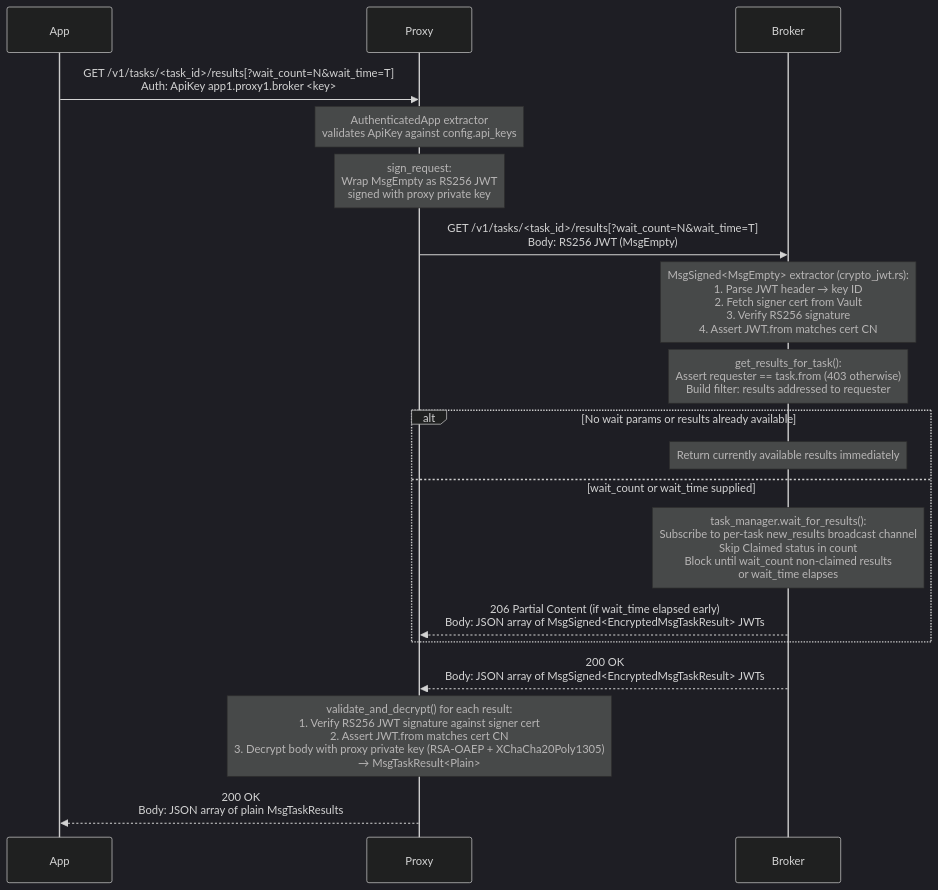
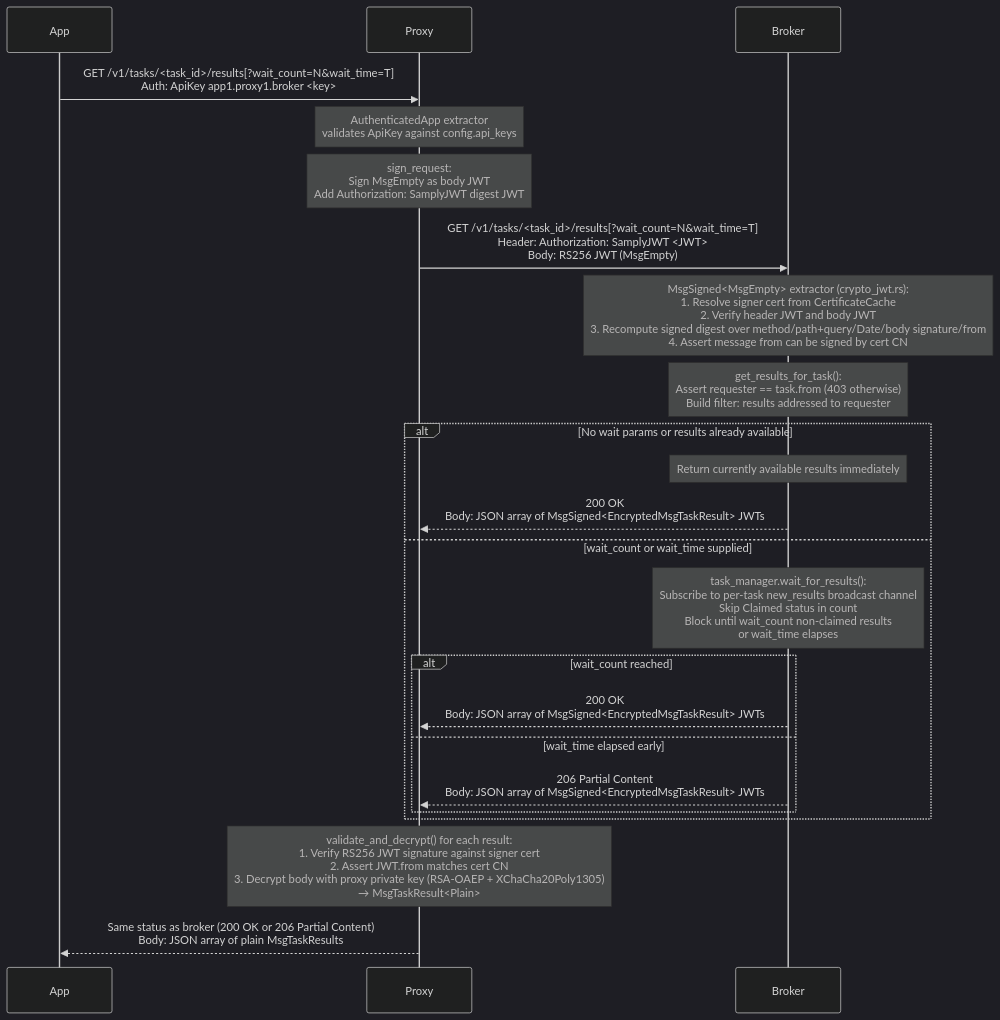
Before and after one commit to samply/beam: the seventh of 12 diagrams in DATAFLOWS.md, drawn with Mermaid (dark theme). The commit also changed other lines of this file, not shown here.

Commit message:
Updated data flows document

````diff
--- a/DATAFLOWS.md
+++ b/DATAFLOWS.md
@@ -310,31 +322,34 @@
 ```mermaid
 sequenceDiagram
     participant App
     participant Proxy
     participant Broker
 
     App->>Proxy: GET /v1/tasks/<task_id>/results[?wait_count=N&wait_time=T]<br/>Auth: ApiKey app1.proxy1.broker <key>
 
     note over Proxy: AuthenticatedApp extractor<br/>validates ApiKey against config.api_keys
 
-    note over Proxy: sign_request:<br/>Wrap MsgEmpty as RS256 JWT<br/>signed with proxy private key
+    note over Proxy: sign_request:<br/>Sign MsgEmpty as body JWT<br/>Add Authorization: SamplyJWT digest JWT
 
-    Proxy->>Broker: GET /v1/tasks/<task_id>/results[?wait_count=N&wait_time=T]<br/>Body: RS256 JWT (MsgEmpty)
+    Proxy->>Broker: GET /v1/tasks/<task_id>/results[?wait_count=N&wait_time=T]<br/>Header: Authorization: SamplyJWT <JWT><br/>Body: RS256 JWT (MsgEmpty)
 
-    note over Broker: MsgSigned<MsgEmpty> extractor (crypto_jwt.rs):<br/>1. Parse JWT header → key ID<br/>2. Fetch signer cert from Vault<br/>3. Verify RS256 signature<br/>4. Assert JWT.from matches cert CN
+    note over Broker: MsgSigned<MsgEmpty> extractor (crypto_jwt.rs):<br/>1. Resolve signer cert from CertificateCache<br/>2. Verify header JWT and body JWT<br/>3. Recompute signed digest over method/path+query/Date/body signature/from<br/>4. Assert message from can be signed by cert CN
 
     note over Broker: get_results_for_task():<br/>Assert requester == task.from (403 otherwise)<br/>Build filter: results addressed to requester
 
     alt No wait params or results already available
         note over Broker: Return currently available results immediately
+        Broker-->>Proxy: 200 OK<br/>Body: JSON array of MsgSigned<EncryptedMsgTaskResult> JWTs
     else wait_count or wait_time supplied
         note over Broker: task_manager.wait_for_results():<br/>Subscribe to per-task new_results broadcast channel<br/>Skip Claimed status in count<br/>Block until wait_count non-claimed results<br/>or wait_time elapses
-        Broker-->>Proxy: 206 Partial Content (if wait_time elapsed early)<br/>Body: JSON array of MsgSigned<EncryptedMsgTaskResult> JWTs
+        alt wait_count reached
+            Broker-->>Proxy: 200 OK<br/>Body: JSON array of MsgSigned<EncryptedMsgTaskResult> JWTs
+        else wait_time elapsed early
+            Broker-->>Proxy: 206 Partial Content<br/>Body: JSON array of MsgSigned<EncryptedMsgTaskResult> JWTs
+        end
     end
-
-    Broker-->>Proxy: 200 OK<br/>Body: JSON array of MsgSigned<EncryptedMsgTaskResult> JWTs
 
     note over Proxy: validate_and_decrypt() for each result:<br/>1. Verify RS256 JWT signature against signer cert<br/>2. Assert JWT.from matches cert CN<br/>3. Decrypt body with proxy private key (RSA-OAEP + XChaCha20Poly1305)<br/>→ MsgTaskResult<Plain>
 
-    Proxy-->>App: 200 OK<br/>Body: JSON array of plain MsgTaskResults
+    Proxy-->>App: Same status as broker (200 OK or 206 Partial Content)<br/>Body: JSON array of plain MsgTaskResults
 ```
````
